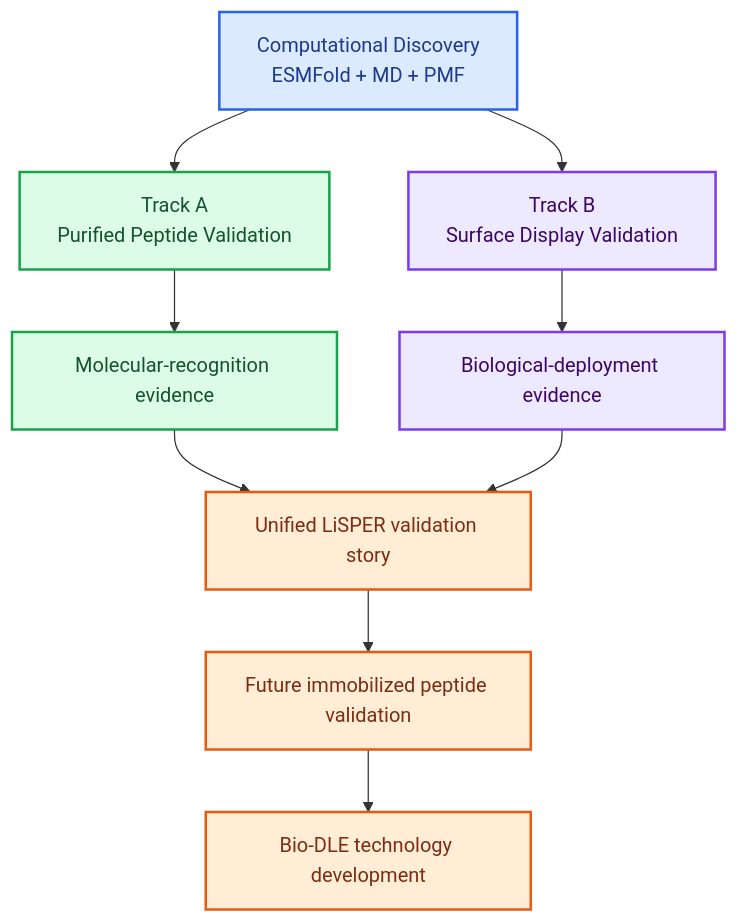
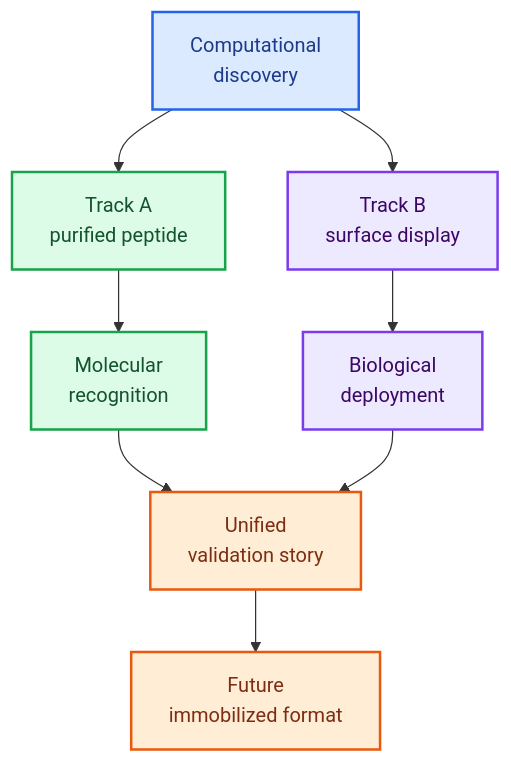
One commit to jackyissocute/LiSPER changed the diagram in 02_experimental_validation/README.md. Above: the diagram before and after it, drawn with Mermaid. The commit also changed 64 other files, not shown here.

````diff
--- a/02_experimental_validation/README.md
+++ b/02_experimental_validation/README.md
@@ -5,20 +5,30 @@
 ```mermaid
 flowchart TD
-    A["Computational Discovery<br/>ESMFold + MD + PMF"] --> B["Track A<br/>Purified Peptide Validation"]
-    A --> C["Track B<br/>Surface Display Validation"]
-    B --> D["Molecular-recognition evidence"]
-    C --> E["Biological-deployment evidence"]
-    D --> F["Unified LiSPER validation story"]
-    E --> F
-    F --> G["Future immobilized peptide validation"]
-    G --> H["Bio-DLE technology development"]
+    accTitle: Experimental Validation Tracks
+    accDescr: Experimental validation splits computationally ranked LiSPER candidates into purified-peptide and surface-display tracks before recombining the evidence.
+
+    discovery["Computational<br/>discovery"]
+    track_a["Track A<br/>purified peptide"]
+    track_b["Track B<br/>surface display"]
+    molecular["Molecular<br/>recognition"]
+    biological["Biological<br/>deployment"]
+    validation["Unified<br/>validation story"]
+    translation["Future<br/>immobilized format"]
+
+    discovery --> track_a
+    discovery --> track_b
+    track_a --> molecular
+    track_b --> biological
+    molecular --> validation
+    biological --> validation
+    validation --> translation
 
     classDef comp fill:#dbeafe,stroke:#2563eb,stroke-width:2px,color:#1e3a8a
     classDef trackA fill:#dcfce7,stroke:#16a34a,stroke-width:2px,color:#14532d
     classDef trackB fill:#ede9fe,stroke:#7c3aed,stroke-width:2px,color:#3b0764
     classDef future fill:#ffedd5,stroke:#ea580c,stroke-width:2px,color:#7c2d12
-    class A comp
-    class B,D trackA
-    class C,E trackB
-    class F,G,H future
+    class discovery comp
+    class track_a,molecular trackA
+    class track_b,biological trackB
+    class validation,translation future
 ```
````
